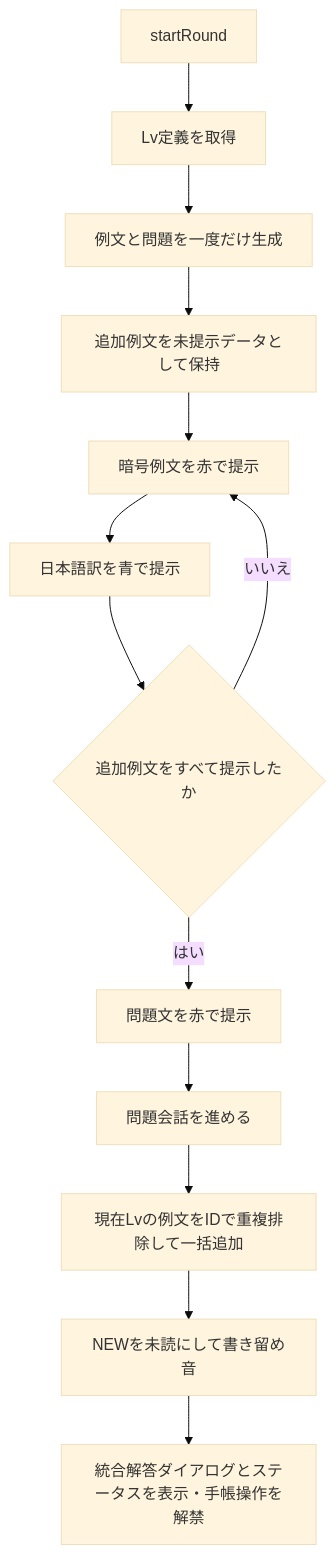
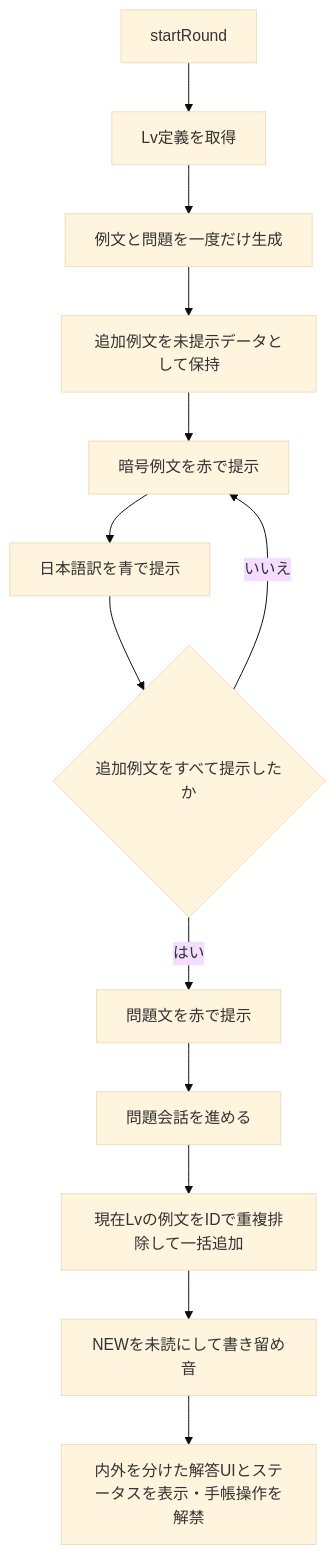
The fifth of 13 diagrams in docs/project-flow.md (lycanthr0pes/language-deciphering-game), drawn with Mermaid (base theme) before and after one commit. The commit also changed other lines of this file and 58 other files, not shown here.

````diff
--- a/docs/project-flow.md
+++ b/docs/project-flow.md
@@ -111,15 +118,15 @@
 ```mermaid
 flowchart TD
     A[startRound] --> B[Lv定義を取得]
     B --> C[例文と問題を一度だけ生成]
     C --> D[追加例文を未提示データとして保持]
     D --> E[暗号例文を赤で提示]
     E --> F[日本語訳を青で提示]
     F --> G{追加例文をすべて提示したか}
     G -->|いいえ| E
     G -->|はい| H[問題文を赤で提示]
     H --> I[問題会話を進める]
     I --> J[現在Lvの例文をIDで重複排除して一括追加]
     J --> K[NEWを未読にして書き留め音]
-    K --> L[統合解答ダイアログとステータスを表示・手帳操作を解禁]
+    K --> L[内外を分けた解答UIとステータスを表示・手帳操作を解禁]
 ```
````
